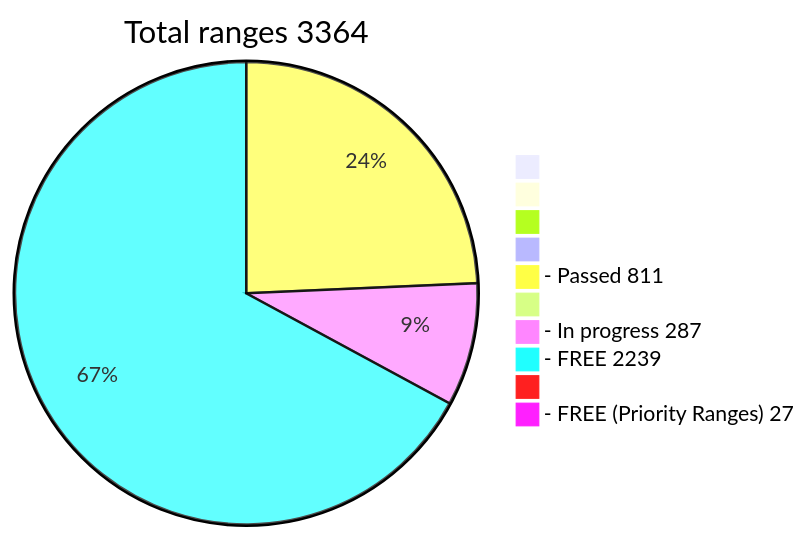
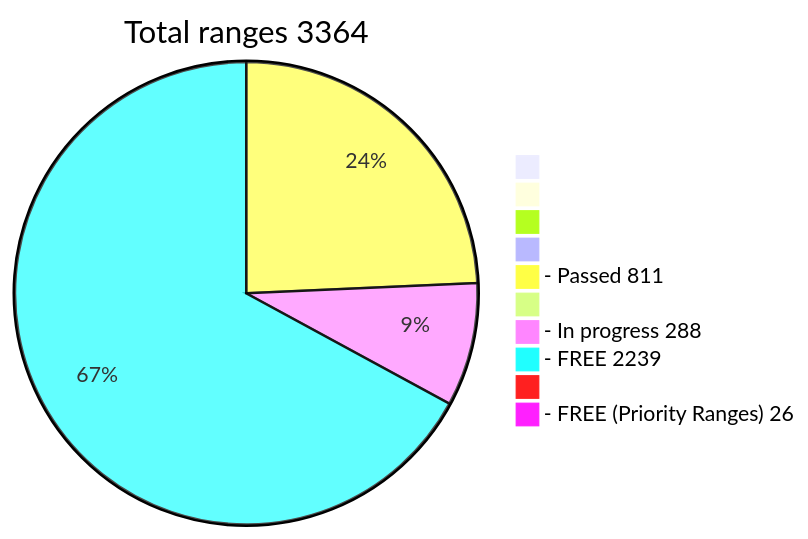
The diagram in README.md (phrutis/wif500), drawn with Mermaid before and after one commit.

````diff
--- a/README.md
+++ b/README.md
@@ -16,13 +16,13 @@
 ```mermaid
 pie title Total ranges 3364
              " " : 0
             "  " : 0
            "   " : 0
           "    " : 0
   "- Passed 811" : 811
          "     " : 0
-  "- In progress 287" : 287
+  "- In progress 288" : 288
    "- FREE 2239" : 2239
         "      " : 0
-  "- FREE (Priority Ranges) 27" : 27
+  "- FREE (Priority Ranges) 26" : 26
 ```
````
